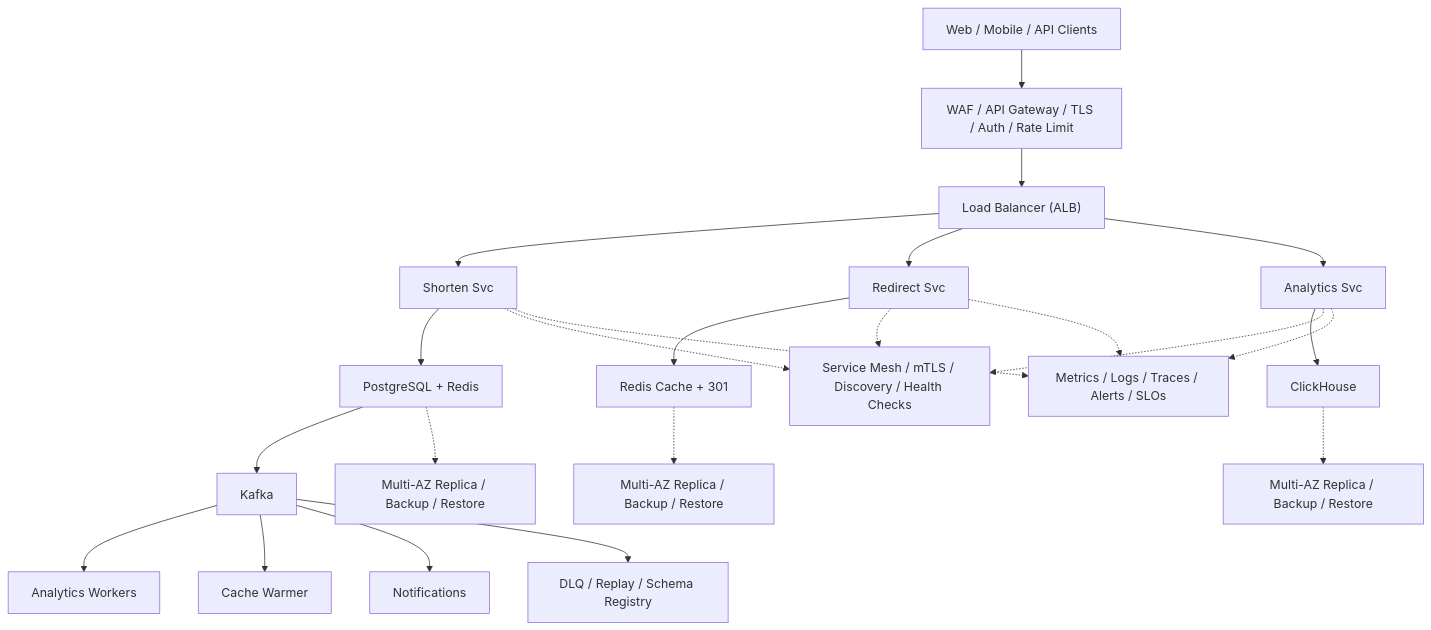
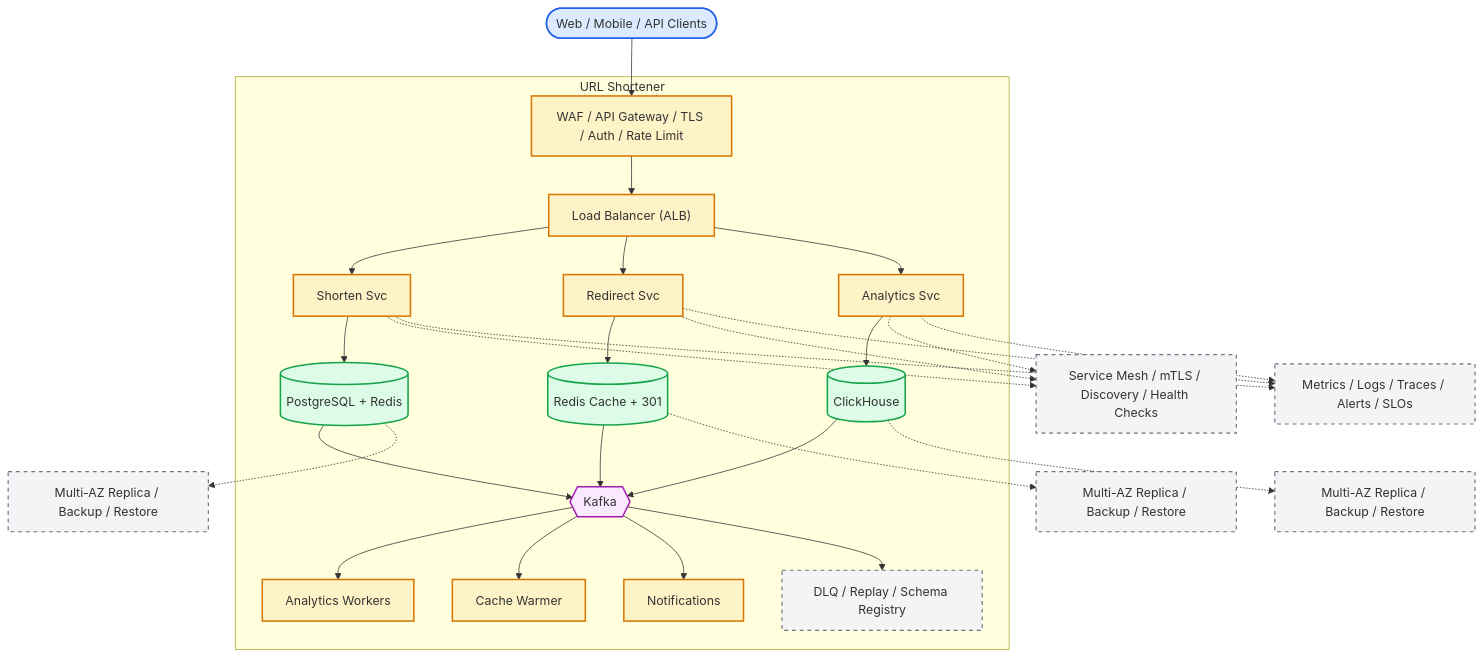
The diagram in system-design-url-shortener.md (aishwary11/system-design), drawn with Mermaid before and after one commit. The commit also changed other lines of this file and 36 other files, not shown here.

First line of the commit message:
Standardize all diagrams on C4-style Mermaid template

````diff
--- a/system-design-url-shortener.md
+++ b/system-design-url-shortener.md
@@ -43,25 +43,65 @@
 ```mermaid
 flowchart TB
-    clients["Web / Mobile / API Clients"] --> edge["WAF / API Gateway / TLS / Auth / Rate Limit"]
-    edge --> lb["Load Balancer (ALB)"]
-    lb --> svc0["Shorten Svc"]
-    lb --> svc1["Redirect Svc"]
-    lb --> svc2["Analytics Svc"]
-    svc0 --> store0["PostgreSQL + Redis"]
-    svc1 --> store1["Redis Cache + 301"]
-    svc2 --> store2["ClickHouse"]
-    store0 --> stream["Kafka"]
-    stream --> worker0["Analytics Workers"]
-    stream --> worker1["Cache Warmer"]
-    stream --> worker2["Notifications"]
-    svc0 -.-> platform["Service Mesh / mTLS / Discovery / Health Checks"]
-    svc1 -.-> platform
-    svc2 -.-> platform
-    store0 -.-> backup0["Multi-AZ Replica / Backup / Restore"]
-    store1 -.-> backup1["Multi-AZ Replica / Backup / Restore"]
-    store2 -.-> backup2["Multi-AZ Replica / Backup / Restore"]
-    stream --> dlq["DLQ / Replay / Schema Registry"]
-    svc0 -.-> ops["Metrics / Logs / Traces / Alerts / SLOs"]
+    %% Actors (people)
+    clients(["Web / Mobile / API Clients"])
+
+    %% System boundary - containers owned by the platform
+    subgraph platform["URL Shortener"]
+        edge["WAF / API Gateway / TLS / Auth / Rate Limit"]
+        lb["Load Balancer (ALB)"]
+        svc0["Shorten Svc"]
+        svc1["Redirect Svc"]
+        svc2["Analytics Svc"]
+        store0[("PostgreSQL + Redis")]
+        store1[("Redis Cache + 301")]
+        store2[("ClickHouse")]
+        stream{{"Kafka"}}
+        worker0["Analytics Workers"]
+        worker1["Cache Warmer"]
+        worker2["Notifications"]
+        dlq["DLQ / Replay / Schema Registry"]
+    end
+
+    %% Cross-cutting control plane (dashed edges)
+    mesh["Service Mesh / mTLS / Discovery / Health Checks"]
+    ops["Metrics / Logs / Traces / Alerts / SLOs"]
+    backup0["Multi-AZ Replica / Backup / Restore"]
+    backup1["Multi-AZ Replica / Backup / Restore"]
+    backup2["Multi-AZ Replica / Backup / Restore"]
+
+    clients --> edge
+    edge --> lb
+    lb --> svc0
+    lb --> svc1
+    lb --> svc2
+    svc0 --> store0
+    svc1 --> store1
+    svc2 --> store2
+    store0 --> stream
+    store1 --> stream
+    store2 --> stream
+    stream --> worker0
+    stream --> worker1
+    stream --> worker2
+    stream --> dlq
+    svc0 -.-> mesh
+    svc1 -.-> mesh
+    svc2 -.-> mesh
+    svc0 -.-> ops
     svc1 -.-> ops
     svc2 -.-> ops
+    store0 -.-> backup0
+    store1 -.-> backup1
+    store2 -.-> backup2
+
+    classDef actor fill:#dbeafe,stroke:#2563eb,stroke-width:2px
+    classDef service fill:#fef3c7,stroke:#d97706,stroke-width:2px
+    classDef store fill:#dcfce7,stroke:#16a34a,stroke-width:2px
+    classDef broker fill:#fae8ff,stroke:#a21caf,stroke-width:2px
+    classDef control fill:#f3f4f6,stroke:#6b7280,stroke-width:1.5px,stroke-dasharray:5 5
+    class clients actor
+    class edge,lb,svc0,svc1,svc2,worker0,worker1,worker2 service
+    class store0,store1,store2 store
+    class stream broker
+    class dlq,mesh,ops,backup0,backup1,backup2 control
 ```
````
